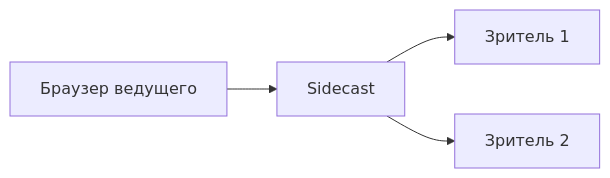
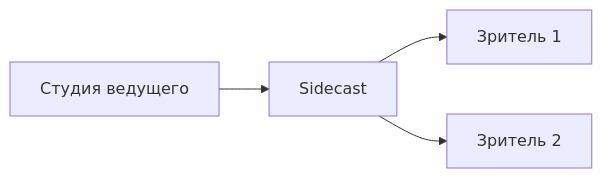
Before and after one commit to Cybervaldemar/sidecast: the diagram in README.md, drawn with Mermaid. The commit also changed other lines of this file and 33 other files, not shown here.

````diff
--- a/README.md
+++ b/README.md
@@ -73,6 +77,6 @@
 ```mermaid
 flowchart LR
-  Host[Браузер ведущего] --> Server[Sidecast]
+  Host[Студия ведущего] --> Server[Sidecast]
   Server --> Viewer1[Зритель 1]
   Server --> Viewer2[Зритель 2]
 ```
````
